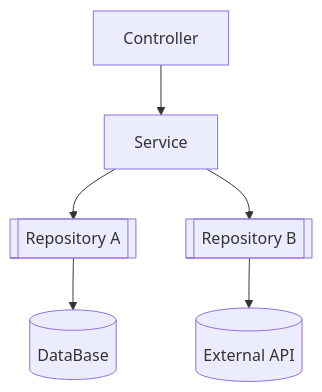
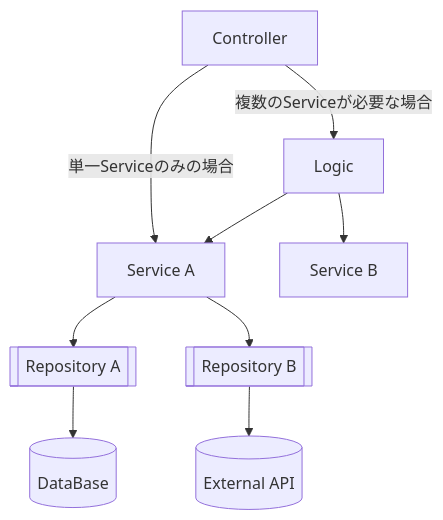
One commit to kuju63/dotnet-webapi-architecture changed the diagram in README.md. Above: the diagram before and after it, drawn with Mermaid.

````diff
--- a/README.md
+++ b/README.md
@@ -5,12 +5,18 @@
 ```mermaid
 graph TD;
-    Controller-->Service;
+    c[Controller];
+    s1[Service A];
+    s2[Service B];
+    c-- 単一Serviceのみの場合 -->s1;
+    c-- 複数のServiceが必要な場合 -->Logic;
+    Logic-->s1;
+    Logic-->s2;
     repoA[[Repository A]];
     repoB[[Repository B]];
     ds1[(DataBase)];
     ds2[(External API)];
-    Service-->repoA;
-    Service-->repoB;
+    s1-->repoA;
+    s1-->repoB;
     repoA-->ds1;
     repoB-->ds2;
 ```
````
